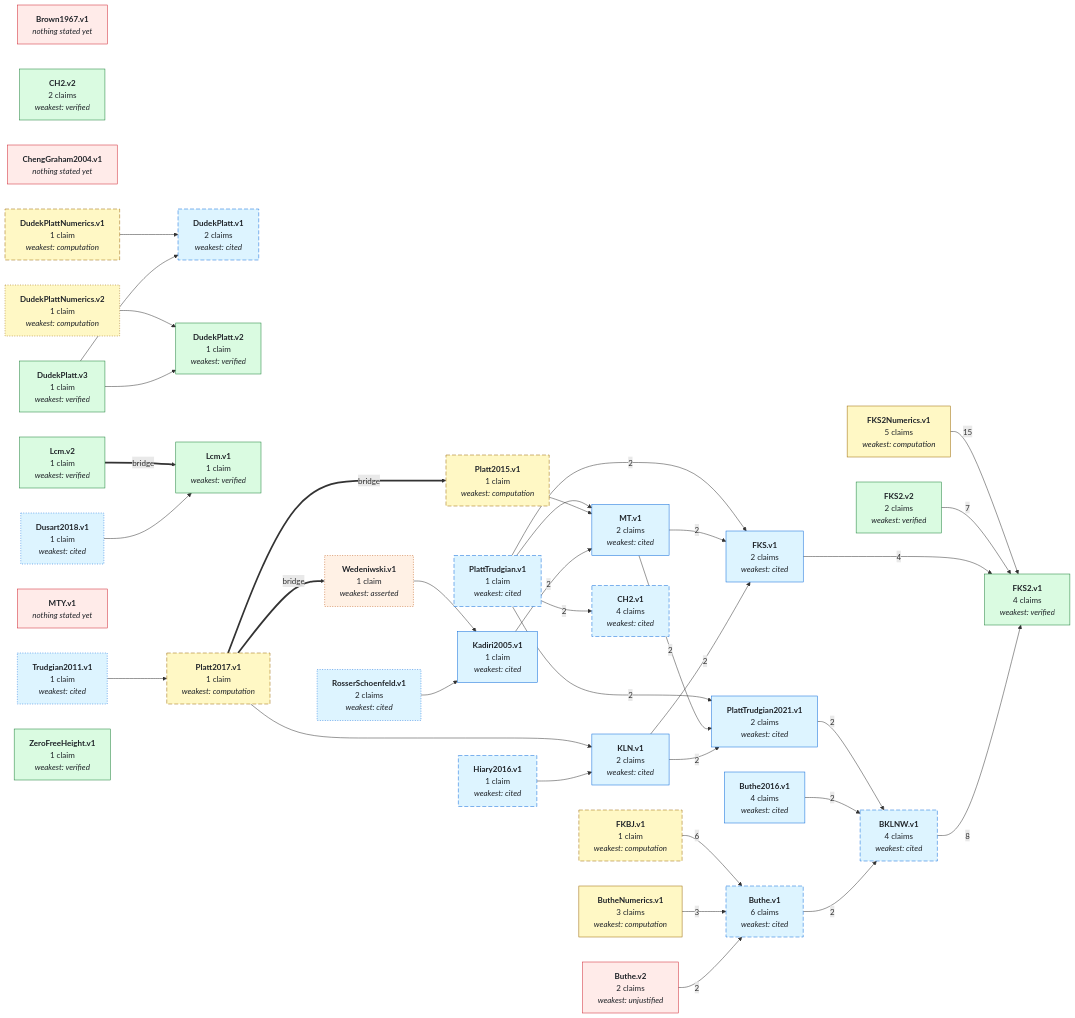
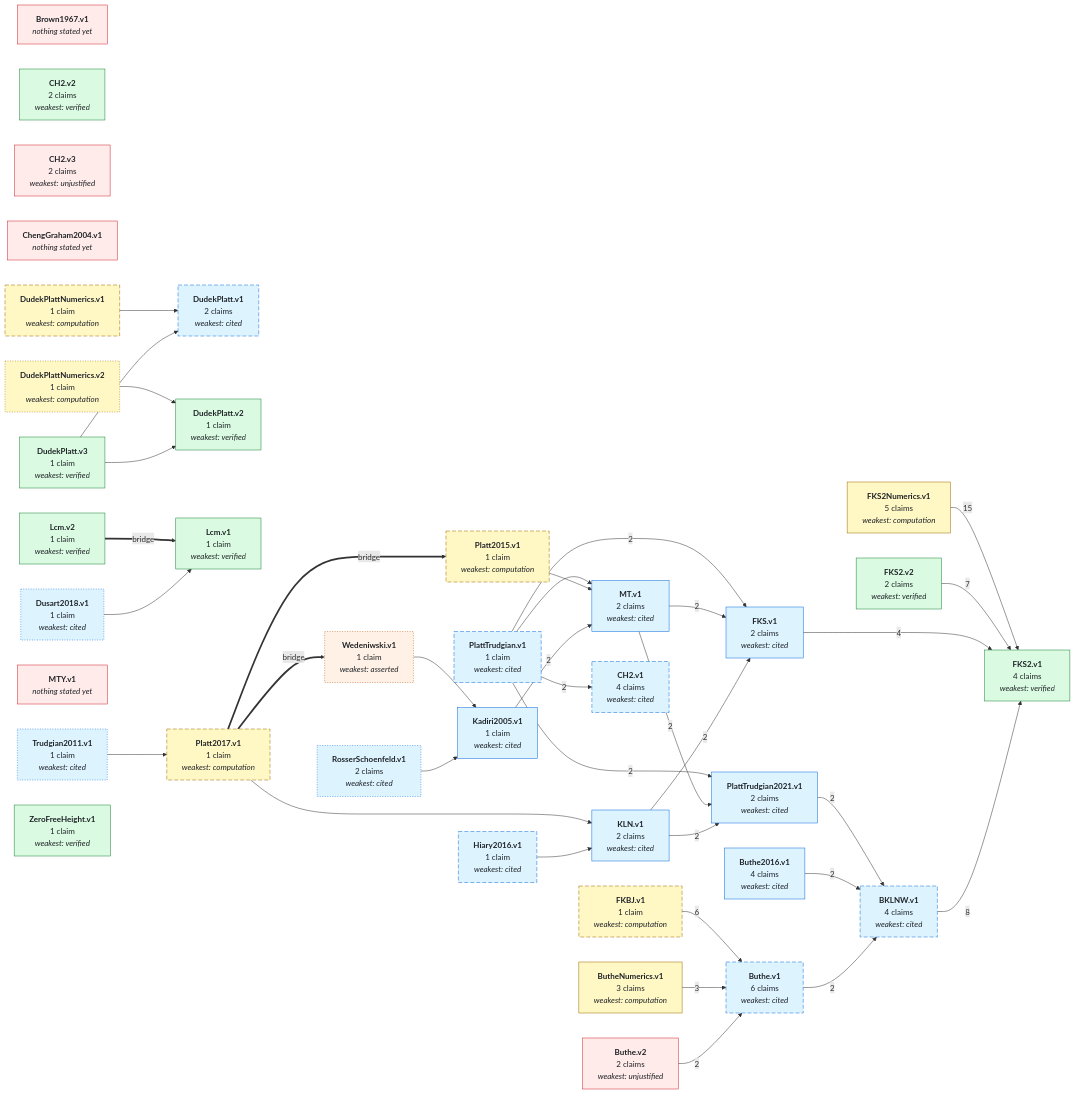
Before and after one commit to teorth/IEANTN: the first of 2 diagrams in GRAPH.md, drawn with Mermaid. The commit also changed other lines of this file and 8 other files, not shown here.

```diff
--- a/GRAPH.md
+++ b/GRAPH.md
@@ -60,6 +60,7 @@
   NButheNumerics_v1["<b>ButheNumerics.v1</b><br/>3 claims<br/><i>weakest: computation</i>"]
   NCH2_v1["<b>CH2.v1</b><br/>4 claims<br/><i>weakest: cited</i>"]
   NCH2_v2["<b>CH2.v2</b><br/>2 claims<br/><i>weakest: verified</i>"]
+  NCH2_v3["<b>CH2.v3</b><br/>2 claims<br/><i>weakest: unjustified</i>"]
   NChengGraham2004_v1["<b>ChengGraham2004.v1</b><br/><i>nothing stated yet</i>"]
   NDudekPlatt_v1["<b>DudekPlatt.v1</b><br/>2 claims<br/><i>weakest: cited</i>"]
   NDudekPlatt_v2["<b>DudekPlatt.v2</b><br/>1 claim<br/><i>weakest: verified</i>"]
@@ -135,7 +136,7 @@
   style NRosserSchoenfeld_v1 stroke-dasharray: 2 3;
   style NTrudgian2011_v1 stroke-dasharray: 2 3;
   style NWedeniwski_v1 stroke-dasharray: 2 3;
-  class NBrown1967_v1,NButhe_v2,NChengGraham2004_v1,NMTY_v1 none_yet;
+  class NBrown1967_v1,NButhe_v2,NCH2_v3,NChengGraham2004_v1,NMTY_v1 none_yet;
   class NWedeniwski_v1 asserted;
   class NBKLNW_v1,NButhe_v1,NButhe2016_v1,NCH2_v1,NDudekPlatt_v1,NDusart2018_v1,NFKS_v1,NHiary2016_v1,NKLN_v1,NKadiri2005_v1,NMT_v1,NPlattTrudgian_v1,NPlattTrudgian2021_v1,NRosserSchoenfeld_v1,NTrudgian2011_v1 literature;
   class NButheNumerics_v1,NDudekPlattNumerics_v1,NDudekPlattNumerics_v2,NFKBJ_v1,NFKS2Numerics_v1,NPlatt2015_v1,NPlatt2017_v1 numerical;
@@ -147,6 +148,7 @@
   click NButheNumerics_v1 href "https://github.com/teorth/IEANTN/blob/main/docs/nodes/ButheNumerics-v1.md" _blank
   click NCH2_v1 href "https://github.com/teorth/IEANTN/blob/main/docs/nodes/CH2-v1.md" _blank
   click NCH2_v2 href "https://github.com/teorth/IEANTN/blob/main/docs/nodes/CH2-v2.md" _blank
+  click NCH2_v3 href "https://github.com/teorth/IEANTN/blob/main/docs/nodes/CH2-v3.md" _blank
   click NDudekPlatt_v1 href "https://github.com/teorth/IEANTN/blob/main/docs/nodes/DudekPlatt-v1.md" _blank
   click NDudekPlatt_v2 href "https://github.com/teorth/IEANTN/blob/main/docs/nodes/DudekPlatt-v2.md" _blank
   click NDudekPlatt_v3 href "https://github.com/teorth/IEANTN/blob/main/docs/nodes/DudekPlatt-v3.md" _blank
```
